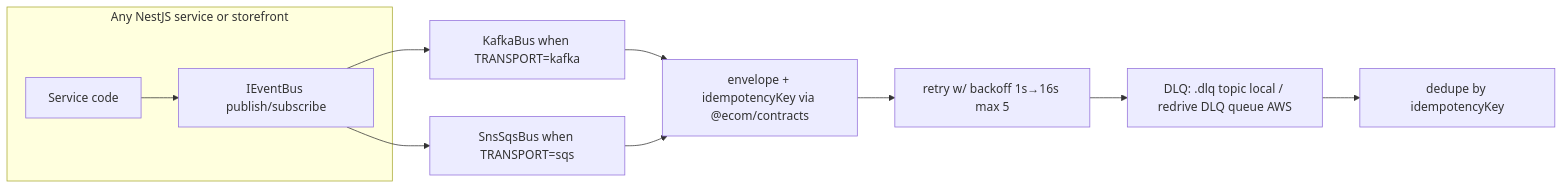
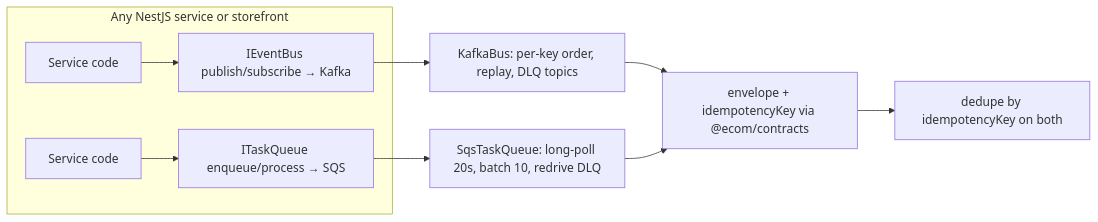
The second of 2 diagrams in 2.Tech-Stack.md (E-Commerce-BDA/Documentation), drawn with Mermaid before and after one commit. The commit also changed other lines of this file and 12 other files, not shown here.

````diff
--- a/2.Tech-Stack.md
+++ b/2.Tech-Stack.md
@@ -181,13 +181,12 @@
 ```mermaid
 flowchart LR
     subgraph App[Any NestJS service or storefront]
-        API[Service code] --> I[IEventBus publish/subscribe]
+        API[Service code] --> I[IEventBus publish/subscribe → Kafka]
+        API2[Service code] --> J[ITaskQueue enqueue/process → SQS]
     end
-    I --> K[KafkaBus when TRANSPORT=kafka]
-    I --> S[SnsSqsBus when TRANSPORT=sqs]
+    I --> K[KafkaBus: per-key order, replay, DLQ topics]
+    J --> S[SqsTaskQueue: long-poll 20s, batch 10, redrive DLQ]
     K --> ENV[envelope + idempotencyKey via @ecom/contracts]
     S --> ENV
-    ENV --> RET[retry w/ backoff 1s→16s max 5]
-    RET --> DLQ[DLQ: .dlq topic local / redrive DLQ queue AWS]
-    DLQ --> DEDUPE[dedupe by idempotencyKey]
+    ENV --> DEDUPE[dedupe by idempotencyKey on both]
 ```
````
